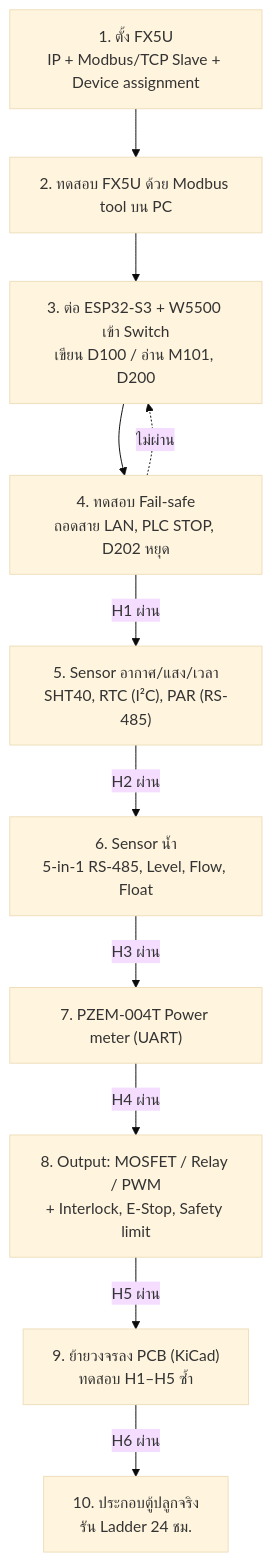
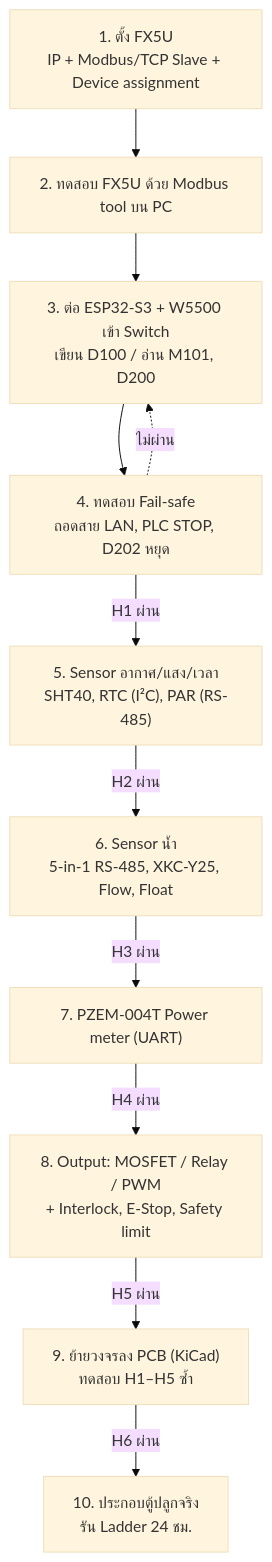
The fourth of 4 diagrams in docs/HARDWARE-FLOW.md (aplab-workshop/green-oak-plant-lab), drawn with Mermaid (base theme) before and after one commit. The commit also changed other lines of this file and 4 other files, not shown here.

Commit message:
docs(hw): water level via 3x XKC-Y25 (65/70/90 %) instead of hydrostatic RS485

````diff
--- a/docs/HARDWARE-FLOW.md
+++ b/docs/HARDWARE-FLOW.md
@@ -97,14 +98,14 @@
 ```mermaid
 flowchart TB
     S1["1. ตั้ง FX5U<br/>IP + Modbus/TCP Slave + Device assignment"] --> S2["2. ทดสอบ FX5U ด้วย Modbus tool บน PC"]
     S2 --> S3["3. ต่อ ESP32-S3 + W5500 เข้า Switch<br/>เขียน D100 / อ่าน M101, D200"]
     S3 --> S4["4. ทดสอบ Fail-safe<br/>ถอดสาย LAN, PLC STOP, D202 หยุด"]
     S4 -->|H1 ผ่าน| S5["5. Sensor อากาศ/แสง/เวลา<br/>SHT40, RTC (I²C), PAR (RS-485)"]
-    S5 -->|H2 ผ่าน| S6["6. Sensor น้ำ<br/>5-in-1 RS-485, Level, Flow, Float"]
+    S5 -->|H2 ผ่าน| S6["6. Sensor น้ำ<br/>5-in-1 RS-485, XKC-Y25, Flow, Float"]
     S6 -->|H3 ผ่าน| S7["7. PZEM-004T Power meter (UART)"]
     S7 -->|H4 ผ่าน| S8["8. Output: MOSFET / Relay / PWM<br/>+ Interlock, E-Stop, Safety limit"]
     S8 -->|H5 ผ่าน| S9["9. ย้ายวงจรลง PCB (KiCad)<br/>ทดสอบ H1–H5 ซ้ำ"]
     S9 -->|H6 ผ่าน| S10["10. ประกอบตู้ปลูกจริง<br/>รัน Ladder 24 ชม."]
 
     S4 -. "ไม่ผ่าน" .-> S3
 ```
````
